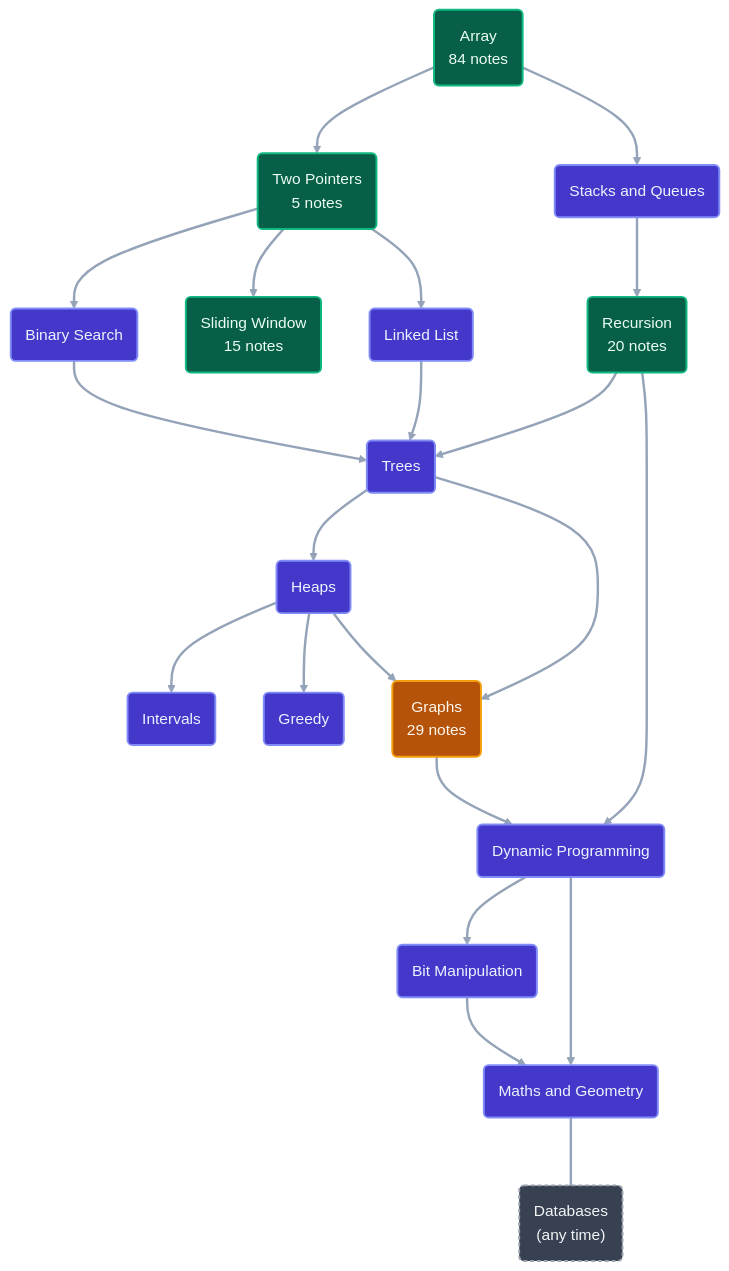
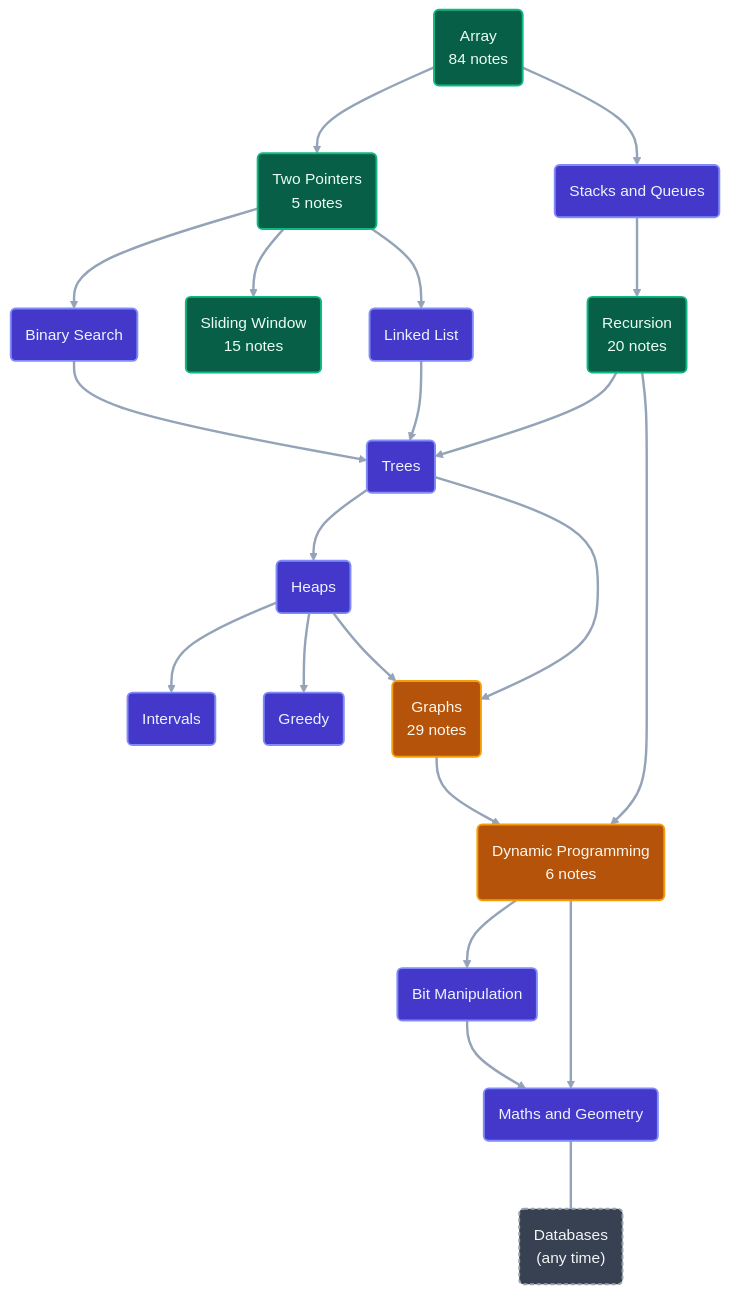
One commit to ajay-nikumbh/dsa-notes changed the second of 2 diagrams in README.md. Above: the diagram before and after it, drawn with Mermaid (neutral theme). The commit also changed other lines of this file and 7 other files, not shown here.

First line of the commit message:
Add Dynamic Programming guide and all 6 One Dimensional DP notes

````diff
--- a/README.md
+++ b/README.md
@@ -76,52 +76,52 @@
 ```mermaid
 ---
 config:
   layout: dagre
   flowchart:
     curve: basis
     nodeSpacing: 50
     rankSpacing: 70
 ---
 flowchart TD
     ARR("Array<br/>84 notes"):::done
     TP("Two Pointers<br/>5 notes"):::done
     SQ("Stacks and Queues"):::todo
     BS("Binary Search"):::todo
     SW("Sliding Window<br/>15 notes"):::done
     LL("Linked List"):::todo
     REC("Recursion<br/>20 notes"):::done
     TR("Trees"):::todo
     HP("Heaps"):::todo
     GR("Graphs<br/>29 notes"):::inprog
-    DP("Dynamic Programming"):::todo
+    DP("Dynamic Programming<br/>6 notes"):::inprog
     IV("Intervals"):::todo
     GD("Greedy"):::todo
     BM("Bit Manipulation"):::todo
     MG("Maths and Geometry"):::todo
     DB("Databases<br/>(any time)"):::side
     ARR --> TP
     ARR --> SQ
     TP --> BS
     TP --> SW
     TP --> LL
     SQ --> REC
     BS --> TR
     LL --> TR
     REC --> TR
     TR --> HP
     TR --> GR
     REC --> DP
     HP --> IV
     HP --> GD
     HP --> GR
     GR --> DP
     DP --> BM
     DP --> MG
     BM --> MG
     MG ~~~ DB
     classDef done fill:#065f46,stroke:#10b981,stroke-width:2px,color:#ecfdf5
     classDef inprog fill:#b45309,stroke:#f59e0b,stroke-width:2px,color:#fff7ed
     classDef todo fill:#4338ca,stroke:#818cf8,stroke-width:2px,color:#eef2ff
     classDef side fill:#374151,stroke:#9ca3af,stroke-width:2px,stroke-dasharray:4 3,color:#f3f4f6
     linkStyle default stroke:#94a3b8,stroke-width:2.5px
 ```
````
